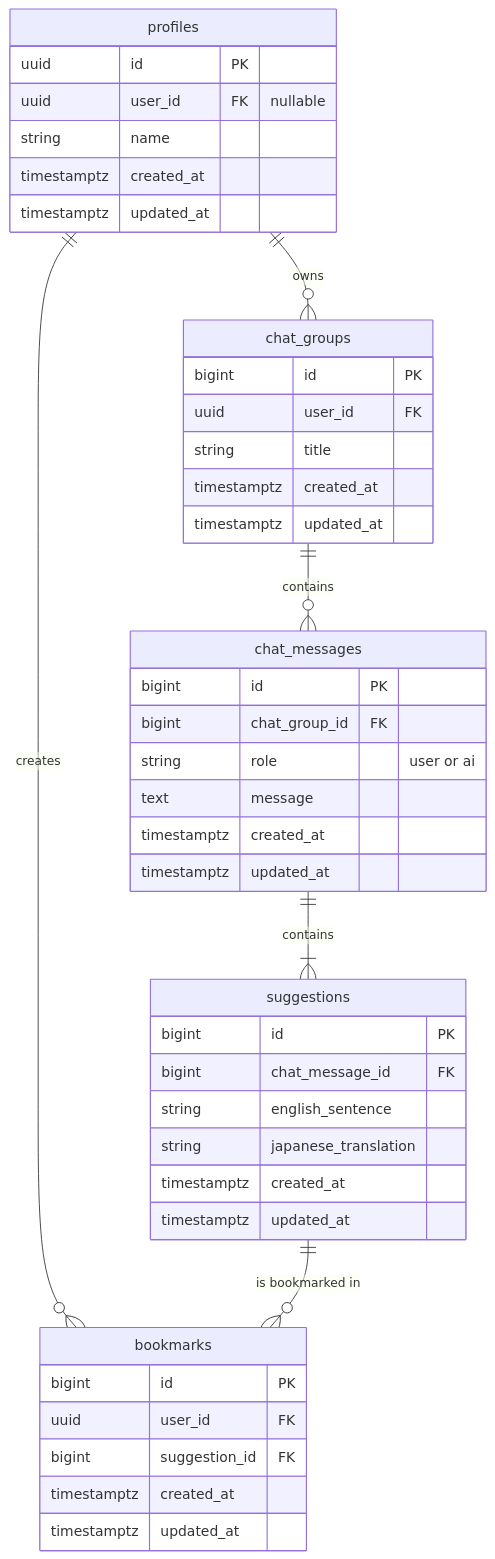
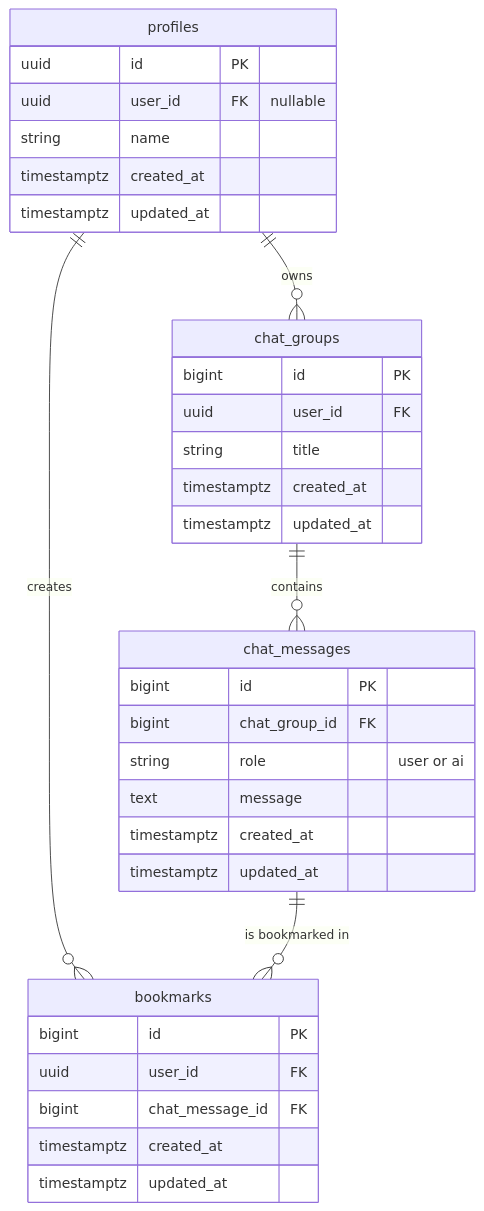
Before and after one commit to issiyda/practice-english-chat: the diagram in documents/DB設計書.md, drawn with Mermaid. The commit also changed other lines of this file and 1 other file, not shown here.

````diff
--- a/documents/DB設計書.md
+++ b/documents/DB設計書.md
@@ -14,50 +14,40 @@
 ```mermaid
 erDiagram
     profiles ||--o{ chat_groups : "owns"
     chat_groups ||--o{ chat_messages : "contains"
     profiles ||--o{ bookmarks : "creates"
-    chat_messages ||--|{ suggestions : "contains"
-    suggestions ||--o{ bookmarks : "is bookmarked in"
+    chat_messages ||--o{ bookmarks : "is bookmarked in"
 
     profiles {
         uuid id PK
         uuid user_id FK "nullable"
         string name
         timestamptz created_at
         timestamptz updated_at
     }
 
     chat_groups {
         bigint id PK
         uuid user_id FK
         string title
         timestamptz created_at
         timestamptz updated_at
     }
 
     chat_messages {
         bigint id PK
         bigint chat_group_id FK
         string role "user or ai"
         text message
         timestamptz created_at
         timestamptz updated_at
     }
 
-    suggestions {
-        bigint id PK
-        bigint chat_message_id FK
-        string english_sentence
-        string japanese_translation
-        timestamptz created_at
-        timestamptz updated_at
-    }
-
     bookmarks {
         bigint id PK
         uuid user_id FK
-        bigint suggestion_id FK
+        bigint chat_message_id FK
         timestamptz created_at
         timestamptz updated_at
     }
 ```
````
